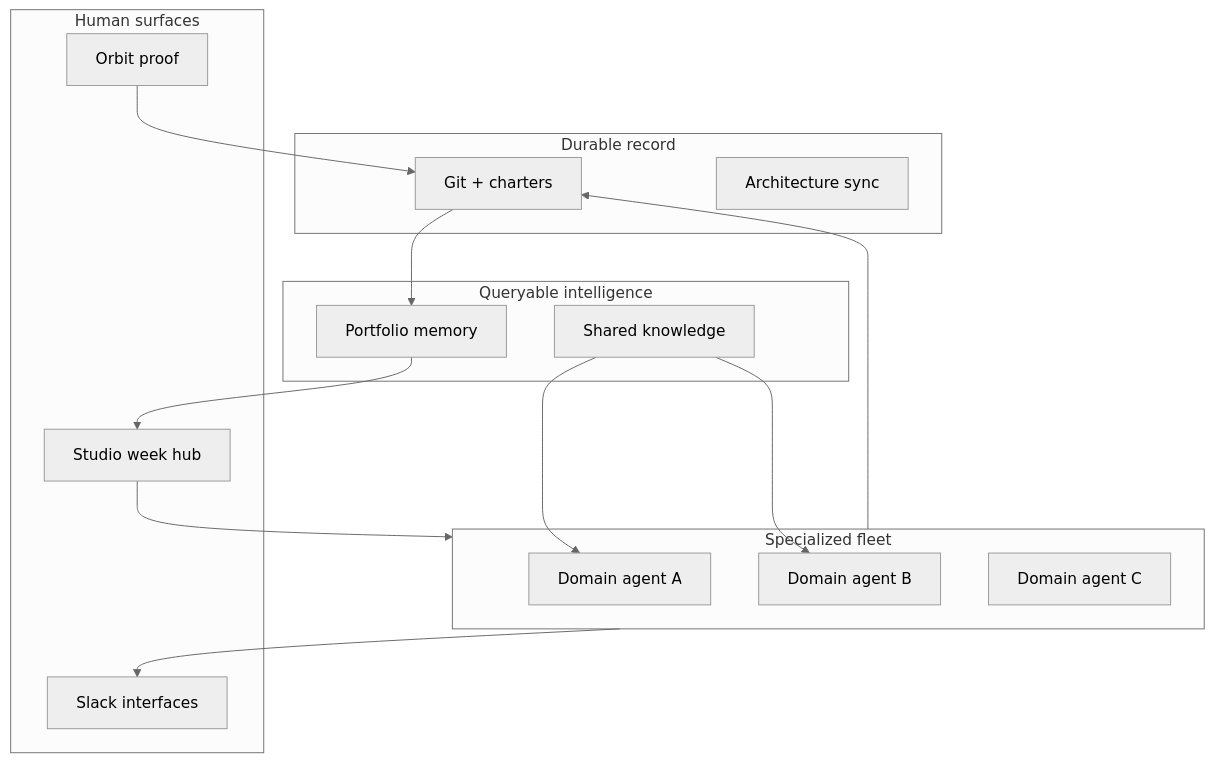
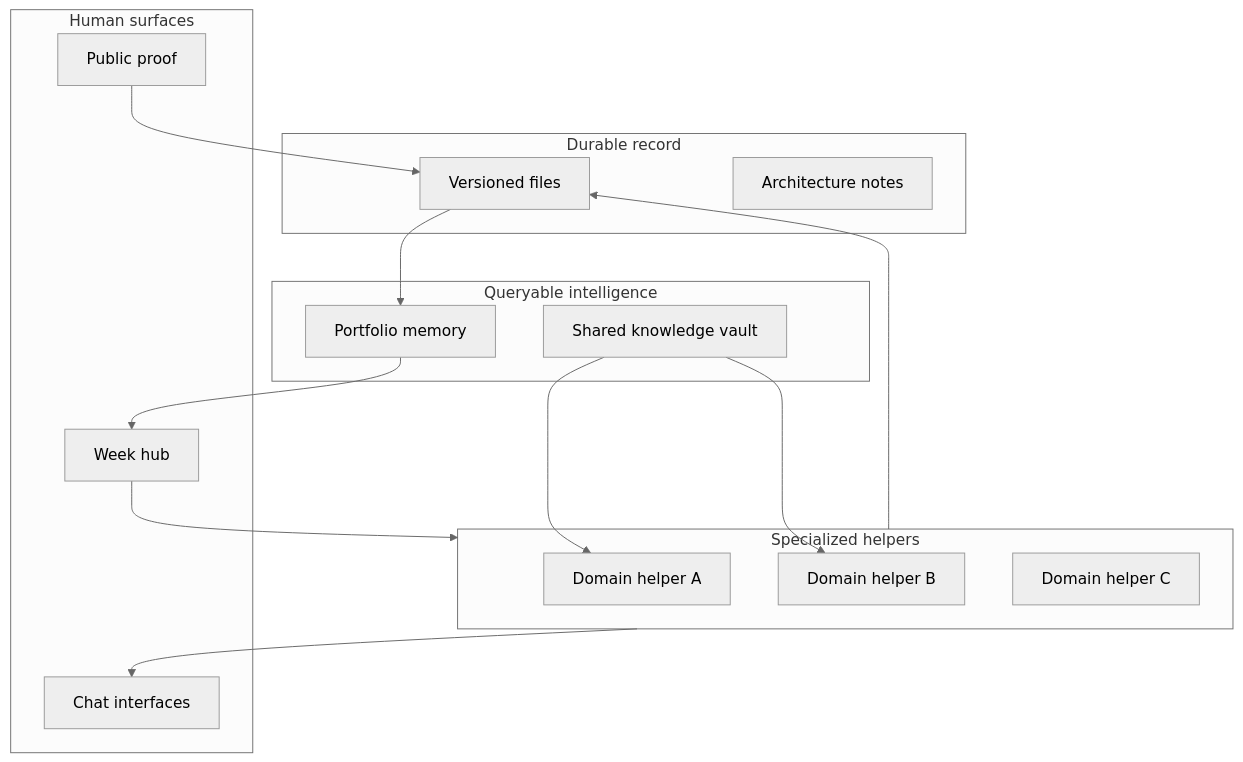
One commit to AlexTouvras/Orbit changed the diagram in src/content/writes/what-one-operator-can-build-when-projects-stop-being-islands.mdx. Above: the diagram before and after it, drawn with Mermaid (neutral theme). The commit also changed other lines of this file and 6 other files, not shown here.

````diff
--- a/src/content/writes/what-one-operator-can-build-when-projects-stop-being-islands.mdx
+++ b/src/content/writes/what-one-operator-can-build-when-projects-stop-being-islands.mdx
@@ -31,29 +33,29 @@
 ```mermaid
 flowchart TB
   subgraph record [Durable record]
-    Git[Git + charters]
-    Arch[Architecture sync]
+    Git[Versioned files]
+    Arch[Architecture notes]
   end
   subgraph intelligence [Queryable intelligence]
   PB[Portfolio memory]
-  Ravens[Shared knowledge]
+  Vault[Shared knowledge vault]
   end
   subgraph surface [Human surfaces]
-    Studio[Studio week hub]
-    Slack[Slack interfaces]
-    Public[Orbit proof]
+    Studio[Week hub]
+    Chat[Chat interfaces]
+    Public[Public proof]
   end
-  subgraph fleet [Specialized fleet]
-    A[Domain agent A]
-    B[Domain agent B]
-    C[Domain agent C]
+  subgraph fleet [Specialized helpers]
+    A[Domain helper A]
+    B[Domain helper B]
+    C[Domain helper C]
   end
   Git --> PB
-  Ravens --> A
-  Ravens --> B
+  Vault --> A
+  Vault --> B
   PB --> Studio
   fleet --> Git
-  fleet --> Slack
+  fleet --> Chat
   Public --> Git
   Studio --> fleet
 ```
````
